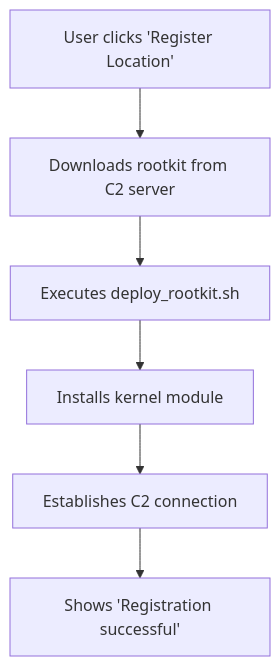
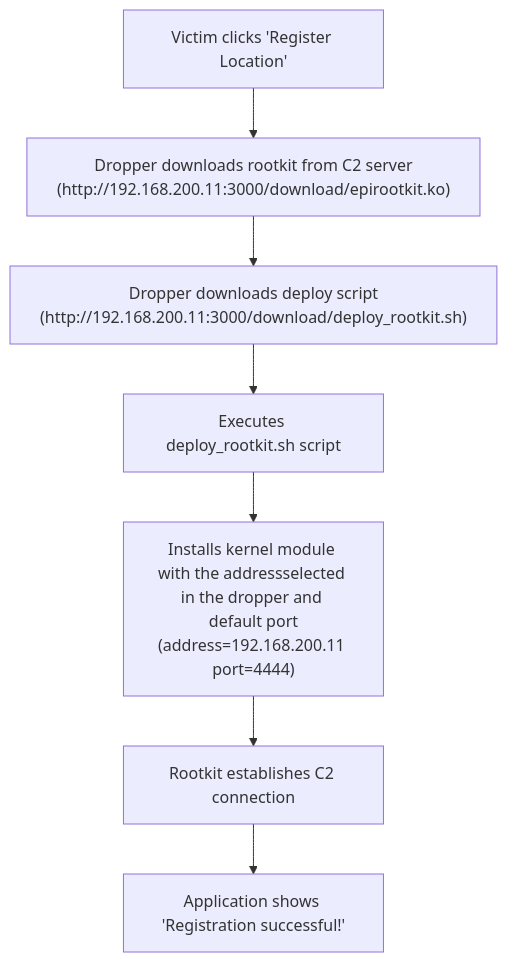
The diagram in content/docs/02-setup/dropper-deployment.md (KazeTachinuu/epirootkit-docs), drawn with Mermaid before and after one commit. The commit also changed other lines of this file and 12 other files, not shown here.

````diff
--- a/content/docs/02-setup/dropper-deployment.md
+++ b/content/docs/02-setup/dropper-deployment.md
@@ -41,12 +86,12 @@
- ```mermaid 
+```mermaid 
 flowchart TB
-    A["User clicks 'Register Location'"]
-    B["Downloads rootkit from C2 server"]
-    C["Executes deploy_rootkit.sh"]
-    D["Installs kernel module"]
-    E["Establishes C2 connection"]
-    F["Shows 'Registration successful'"]
+    A["Victim clicks 'Register Location'"]
+    B["Dropper downloads rootkit from C2 server<br/>(http://192.168.200.11:3000/download/epirootkit.ko)"]
+    C["Dropper downloads deploy script<br/>(http://192.168.200.11:3000/download/deploy_rootkit.sh)"]
+    D["Executes deploy_rootkit.sh script"]
+    E["Installs kernel module with the addressselected in the dropper and default port<br/>(address=192.168.200.11 port=4444)"]
+    F["Rootkit establishes C2 connection"]
+    G["Application shows 'Registration successful!'"]
     
-    A --> B --> C --> D --> E --> F
-
- ```
+    A --> B --> C --> D --> E --> F --> G
+```
````
